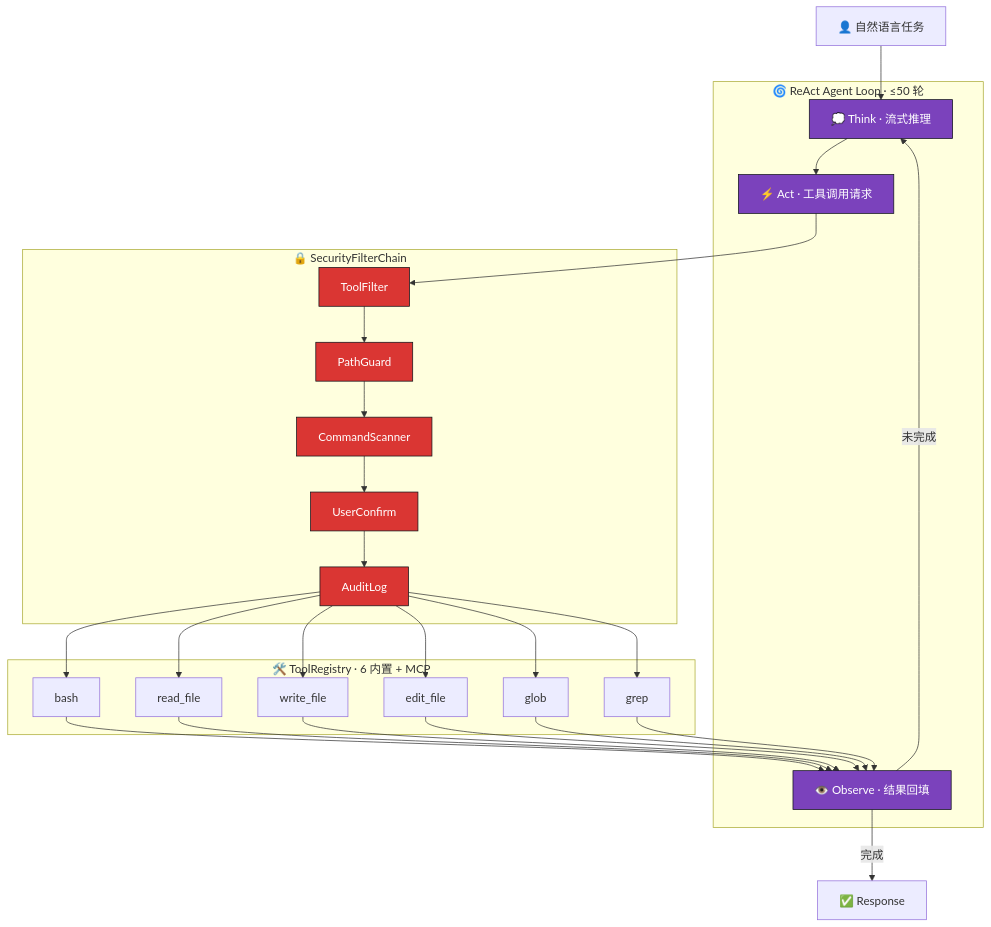
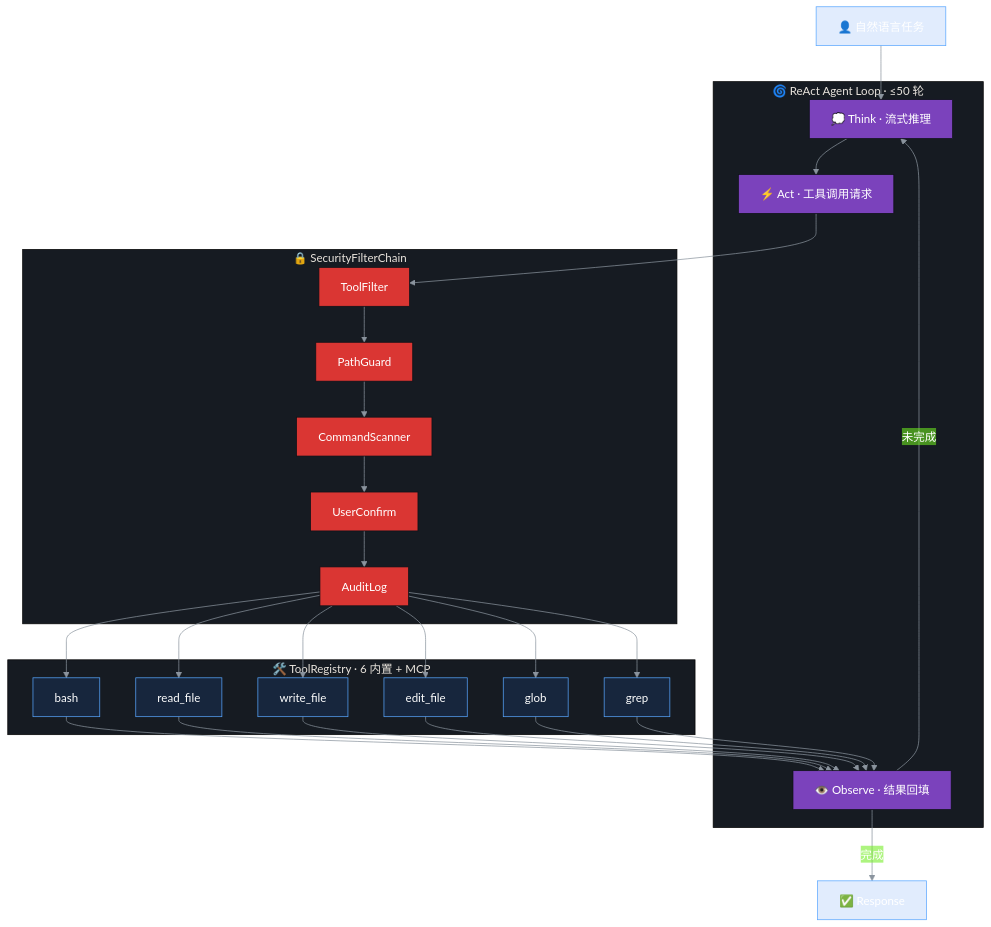
The third of 4 diagrams in README.md (1byteone/1byteone), drawn with Mermaid before and after one commit. The commit also changed other lines of this file and 11 other files, not shown here.

Commit message:
feat: restore mermaid diagrams and add project architecture assets

````diff
--- a/README.md
+++ b/README.md
@@ -326,56 +361,57 @@
 ```mermaid
+%%{init: {'theme':'base','themeVariables': {'background':'#0d1117','primaryColor':'#1f6feb22','primaryTextColor':'#ffffff','primaryBorderColor':'#58a6ff','lineColor':'#8b949e','tertiaryColor':'#161b22','fontFamily':'ui-monospace, SFMono-Regular, Menlo, Monaco, Consolas, monospace'}}}%%
 flowchart TB
     U["👤 自然语言任务"]
 
     subgraph Loop["🌀 ReAct Agent Loop · ≤50 轮"]
         T["💭 Think · 流式推理"]
         A["⚡ Act · 工具调用请求"]
         O["👁️ Observe · 结果回填"]
     end
 
     subgraph Sec["🔒 SecurityFilterChain"]
         S1["ToolFilter"]
         S2["PathGuard"]
         S3["CommandScanner"]
         S4["UserConfirm"]
         S5["AuditLog"]
     end
 
     subgraph Tools["🛠️ ToolRegistry · 6 内置 + MCP"]
         BASH["bash"]
         RF["read_file"]
         WF["write_file"]
         EF["edit_file"]
         GL["glob"]
         GR["grep"]
     end
 
     R["✅ Response"]
 
     U --> T
     T --> A
     A --> S1
     S1 --> S2
     S2 --> S3
     S3 --> S4
     S4 --> S5
     S5 --> BASH
     S5 --> RF
     S5 --> WF
     S5 --> EF
     S5 --> GL
     S5 --> GR
     BASH --> O
     RF --> O
     WF --> O
     EF --> O
     GL --> O
     GR --> O
     O -->|未完成| T
     O -->|完成| R
 
     classDef loop fill:#7B42BC,stroke:#0d1117,color:#fff
     classDef sec fill:#DA3633,stroke:#0d1117,color:#fff
     class T,A,O loop
     class S1,S2,S3,S4,S5 sec
 ```
````
